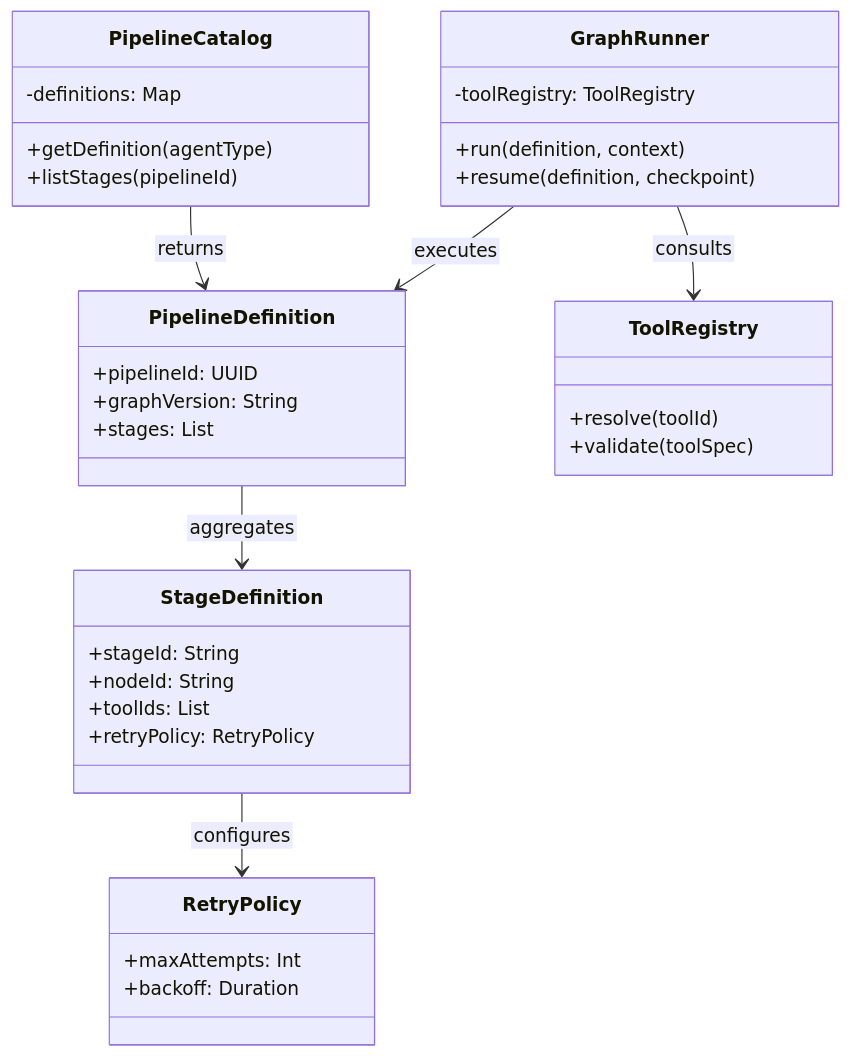
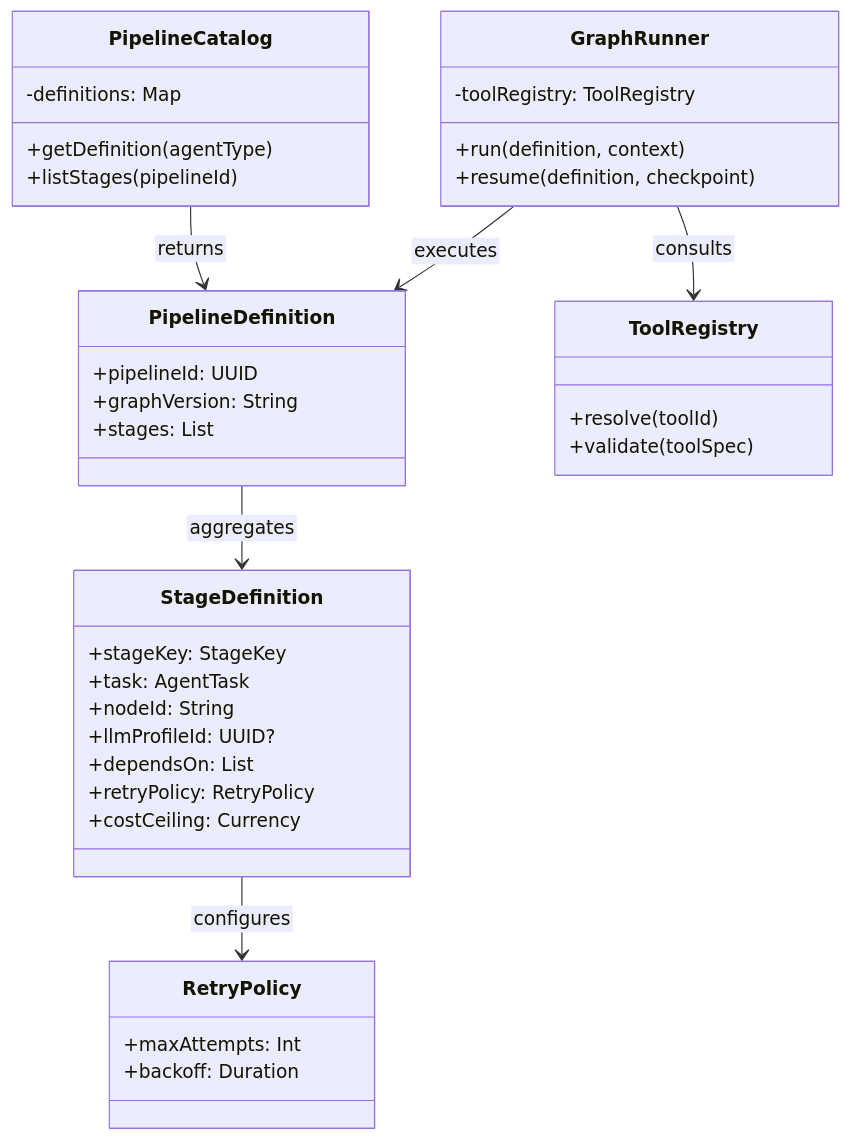
The diagram in docs/automation/langgraph-agents/diagrams/agent-orchestration-classes-v1.mmd (PantherianCodeX/udocket.com), drawn with Mermaid before and after one commit. The commit also changed 145 other files, not shown here.

```diff
--- a/docs/automation/langgraph-agents/diagrams/agent-orchestration-classes-v1.mmd
+++ b/docs/automation/langgraph-agents/diagrams/agent-orchestration-classes-v1.mmd
@@ -1,38 +1,41 @@
 %% Mermaid class diagram: Agent orchestration classes v1
 %%{init: {"flowchart": {"htmlLabels": false}, "class": {"htmlLabels": false}, "state": {"htmlLabels": false}, "er": {"htmlLabels": false}, "journey": {"htmlLabels": false}, "timeline": {"htmlLabels": false}}}%%
 classDiagram
   class PipelineCatalog {
     +getDefinition(agentType)
     +listStages(pipelineId)
     -definitions: Map
   }
   class PipelineDefinition {
     +pipelineId: UUID
     +graphVersion: String
     +stages: List<StageDefinition>
   }
   class StageDefinition {
-    +stageId: String
+    +stageKey: StageKey
+    +task: AgentTask
     +nodeId: String
-    +toolIds: List
+    +llmProfileId: UUID?
+    +dependsOn: List<StageKey>
     +retryPolicy: RetryPolicy
+    +costCeiling: Currency
   }
   class GraphRunner {
     +run(definition, context)
     +resume(definition, checkpoint)
     -toolRegistry: ToolRegistry
   }
   class ToolRegistry {
     +resolve(toolId)
     +validate(toolSpec)
   }
   class RetryPolicy {
     +maxAttempts: Int
     +backoff: Duration
   }
 
   PipelineCatalog --> PipelineDefinition : returns
   PipelineDefinition --> StageDefinition : aggregates
   GraphRunner --> PipelineDefinition : executes
   GraphRunner --> ToolRegistry : consults
   StageDefinition --> RetryPolicy : configures
```
